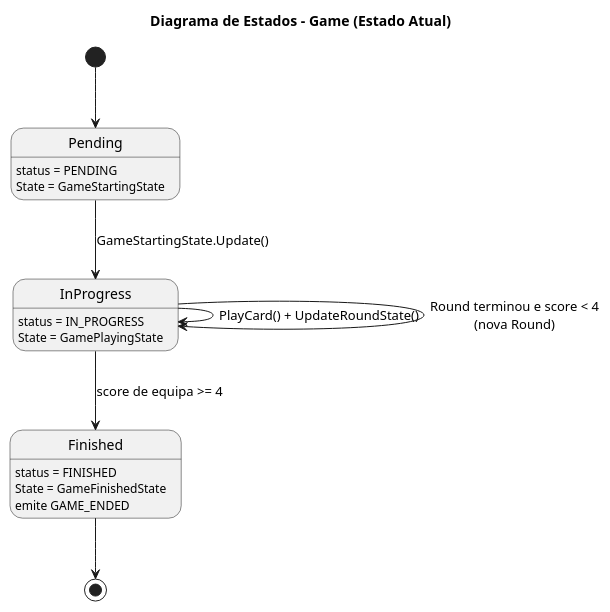
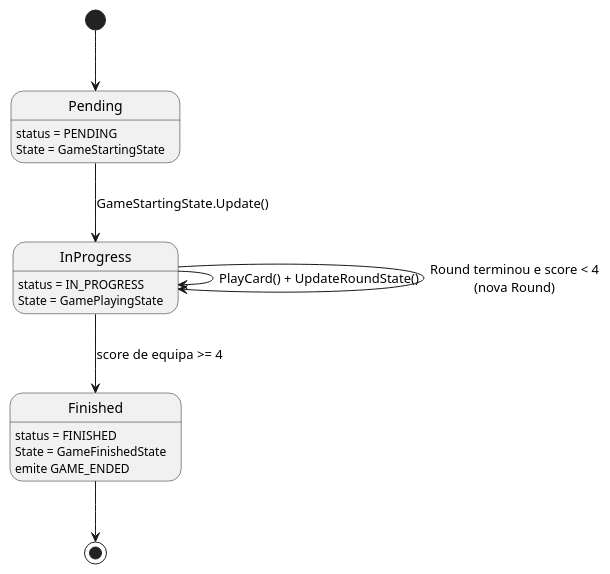
The diagram in DocumentacaoV2/Relatorio_Diagramas/3_5_estados_game.puml (DuarteMSousa/PEDWM_TP1), drawn with PlantUML before and after one commit. The commit also changed 24 other files, not shown here.

First line of the commit message:
Remove legacy docs; tweak diagrams & README

```diff
--- a/DocumentacaoV2/Relatorio_Diagramas/3_5_estados_game.puml
+++ b/DocumentacaoV2/Relatorio_Diagramas/3_5_estados_game.puml
@@ -1,21 +1,21 @@
 @startuml
-title Diagrama de Estados - Game (Estado Atual)
+' title Diagrama de Estados - Game (Estado Atual)
 
 [*] --> Pending
 
 Pending : status = PENDING
 Pending : State = GameStartingState
 Pending --> InProgress : GameStartingState.Update()
 
 InProgress : status = IN_PROGRESS
 InProgress : State = GamePlayingState
 InProgress --> InProgress : PlayCard() + UpdateRoundState()
 InProgress --> InProgress : Round terminou e score < 4\n(nova Round)
 InProgress --> Finished : score de equipa >= 4
 
 Finished : status = FINISHED
 Finished : State = GameFinishedState
 Finished : emite GAME_ENDED
 Finished --> [*]
 
 @enduml
```
